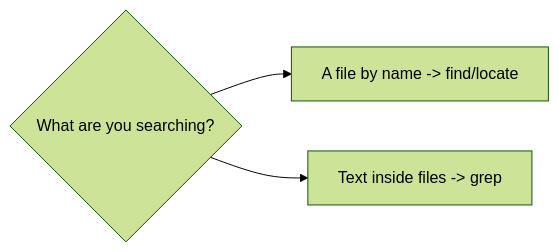
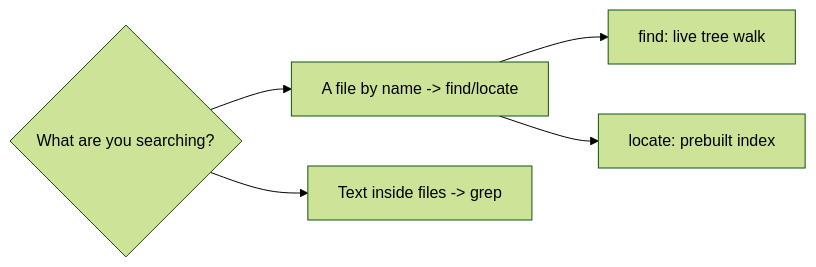
The diagram in 03-files-and-directories/search-files.md (cloud-prakhar/learning-linux), drawn with Mermaid (forest theme) before and after one commit. The commit also changed other lines of this file and 69 other files, not shown here.

````diff
--- a/03-files-and-directories/search-files.md
+++ b/03-files-and-directories/search-files.md
@@ -31,5 +37,7 @@
 ```mermaid
 flowchart LR
     Q{What are you searching?} --> N[A file by name -> find/locate]
     Q --> T[Text inside files -> grep]
+    N --> F[find: live tree walk]
+    N --> L[locate: prebuilt index]
 ```
````
